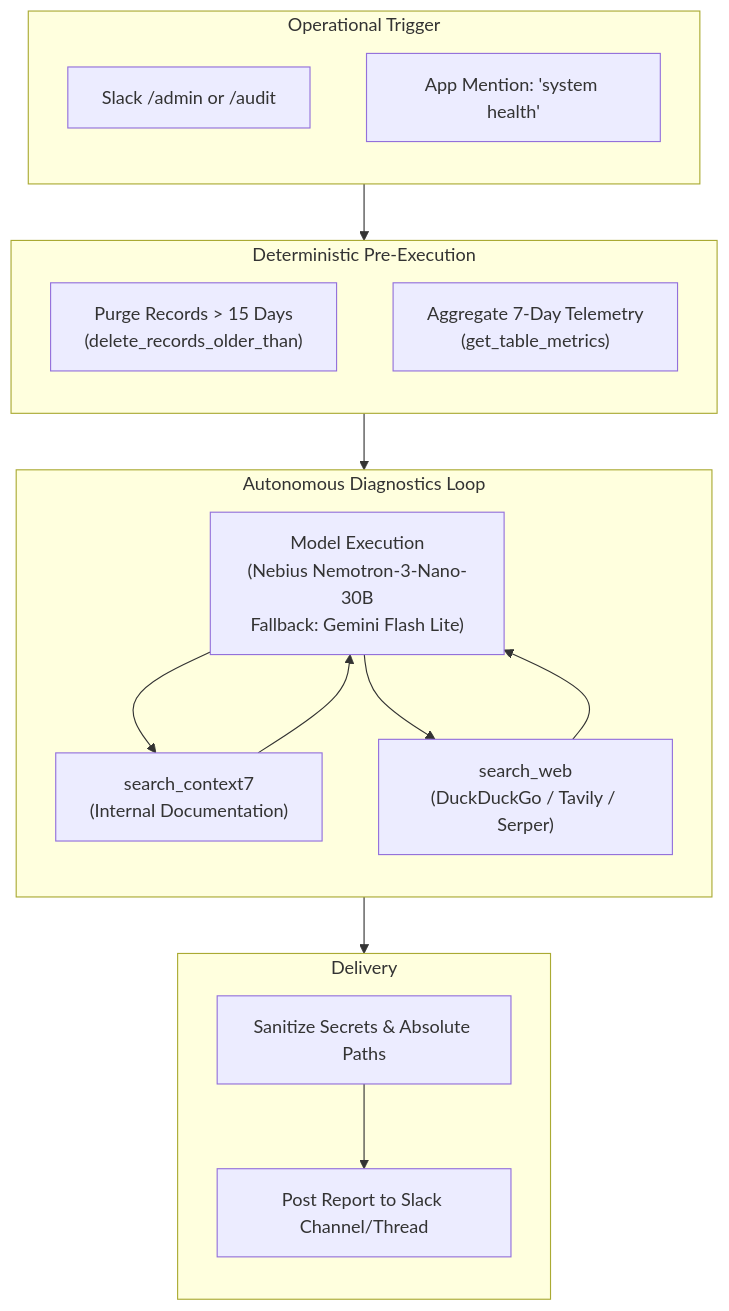
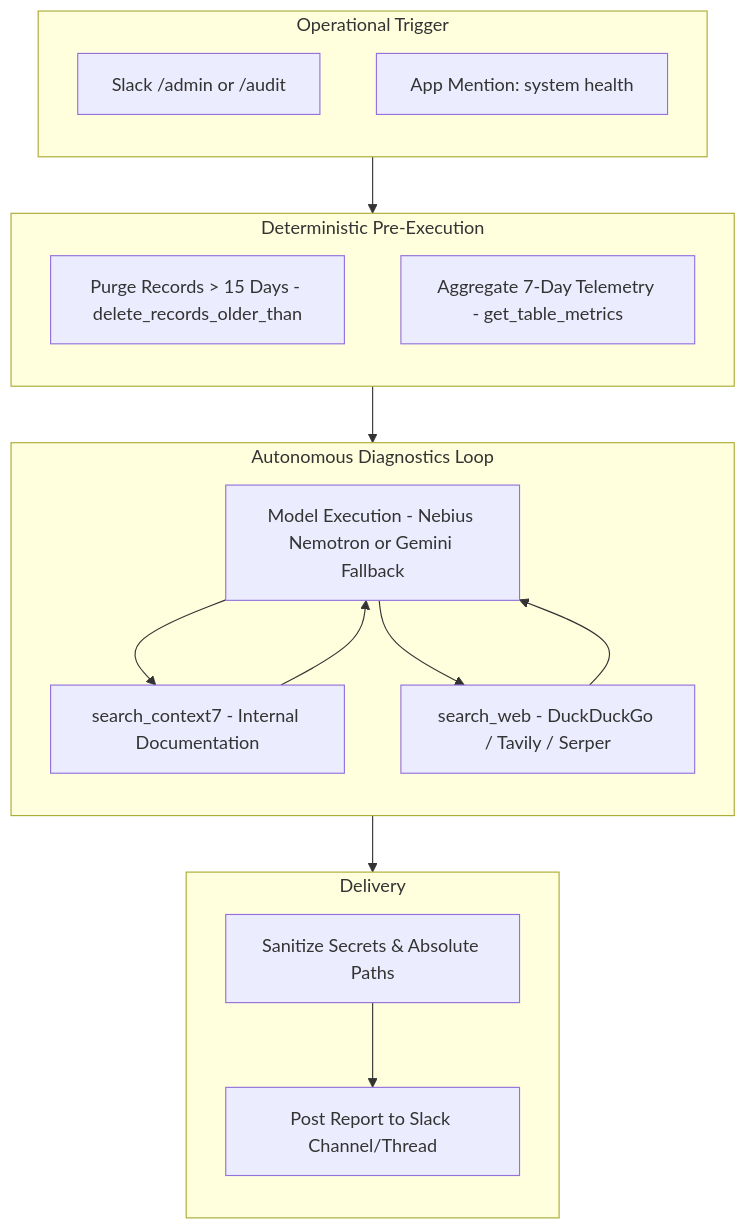
One commit to AmritSDutta/Aryhant changed the diagram in docs/admin-agent.mdx. Above: the diagram before and after it, drawn with Mermaid. The commit also changed 6 other files, not shown here.

````diff
--- a/docs/admin-agent.mdx
+++ b/docs/admin-agent.mdx
@@ -10,36 +10,32 @@
 ```mermaid
 flowchart TD
     subgraph Trigger["Operational Trigger"]
         direction TB
         Slash["Slack /admin or /audit"]
-        Mention["App Mention: 'system health'"]
+        Mention["App Mention: system health"]
     end
-
     subgraph Deterministic["Deterministic Pre-Execution"]
         direction TB
-        Prune["Purge Records > 15 Days\n(delete_records_older_than)"]
-        Metrics["Aggregate 7-Day Telemetry\n(get_table_metrics)"]
+        Prune["Purge Records > 15 Days - delete_records_older_than"]
+        Metrics["Aggregate 7-Day Telemetry - get_table_metrics"]
     end
-
     subgraph LLM["Autonomous Diagnostics Loop"]
         direction TB
-        Dispatch["Model Execution\n(Nebius Nemotron-3-Nano-30B\nFallback: Gemini Flash Lite)"]
-        Context7["search_context7\n(Internal Documentation)"]
-        WebSearch["search_web\n(DuckDuckGo / Tavily / Serper)"]
+        Dispatch["Model Execution - Nebius Nemotron or Gemini Fallback"]
+        Context7["search_context7 - Internal Documentation"]
+        WebSearch["search_web - DuckDuckGo / Tavily / Serper"]
     end
-
     subgraph Output["Delivery"]
         direction TB
         Sanitize["Sanitize Secrets & Absolute Paths"]
         SlackPost["Post Report to Slack Channel/Thread"]
     end
-
     Trigger --> Deterministic
     Deterministic --> LLM
     Dispatch --> Context7
     Dispatch --> WebSearch
     Context7 --> Dispatch
     WebSearch --> Dispatch
     LLM --> Sanitize
     Sanitize --> SlackPost
 ```
````
